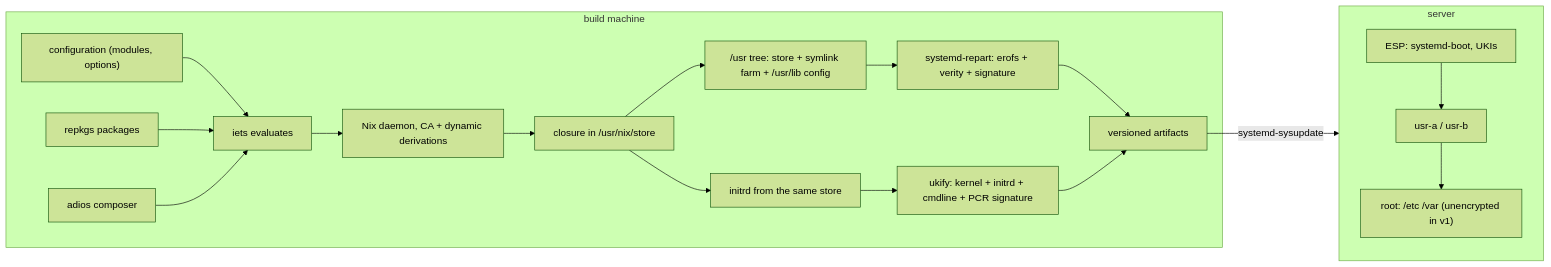
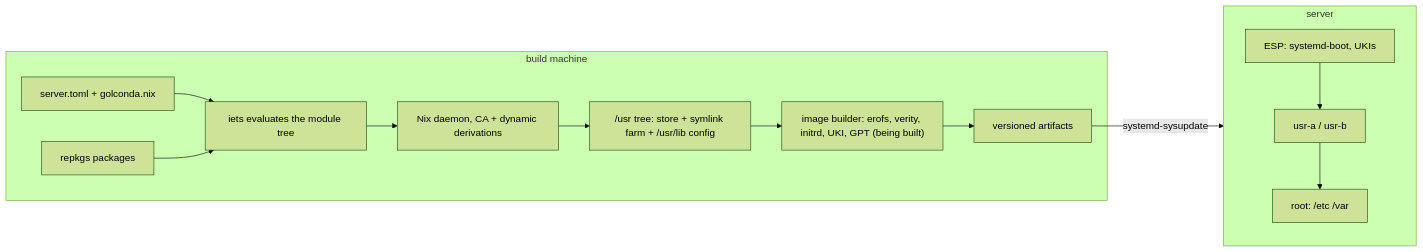
One commit to slophaer/golconda changed the diagram in docs/design/architecture.md. Above: the diagram before and after it, drawn with Mermaid (forest theme). The commit also changed other lines of this file and 18 other files, not shown here.

````diff
--- a/docs/design/architecture.md
+++ b/docs/design/architecture.md
@@ -6,21 +6,16 @@
 ```mermaid
 flowchart LR
   subgraph build["build machine"]
-    config["configuration (modules, options)"] --> iets[iets evaluates]
+    toml["server.toml + golconda.nix"] --> iets[iets evaluates the module tree]
     repkgs[repkgs packages] --> iets
-    adios[adios composer] --> iets
     iets --> daemon[Nix daemon, CA + dynamic derivations]
-    daemon --> closure[closure in /usr/nix/store]
-    closure --> usr["/usr tree: store + symlink farm + /usr/lib config"]
-    usr --> repart[systemd-repart: erofs + verity + signature]
-    closure --> initrd[initrd from the same store]
-    initrd --> ukify[ukify: kernel + initrd + cmdline + PCR signature]
-    repart --> artifacts[versioned artifacts]
-    ukify --> artifacts
+    daemon --> usr["/usr tree: store + symlink farm + /usr/lib config"]
+    usr --> image["image builder: erofs, verity, initrd, UKI, GPT (being built)"]
+    image --> artifacts[versioned artifacts]
   end
   artifacts -->|systemd-sysupdate| machine
   subgraph machine["server"]
     esp[ESP: systemd-boot, UKIs] --> usrab["usr-a / usr-b"]
-    usrab --> root["root: /etc /var (unencrypted in v1)"]
+    usrab --> root["root: /etc /var"]
   end
 ```
````
